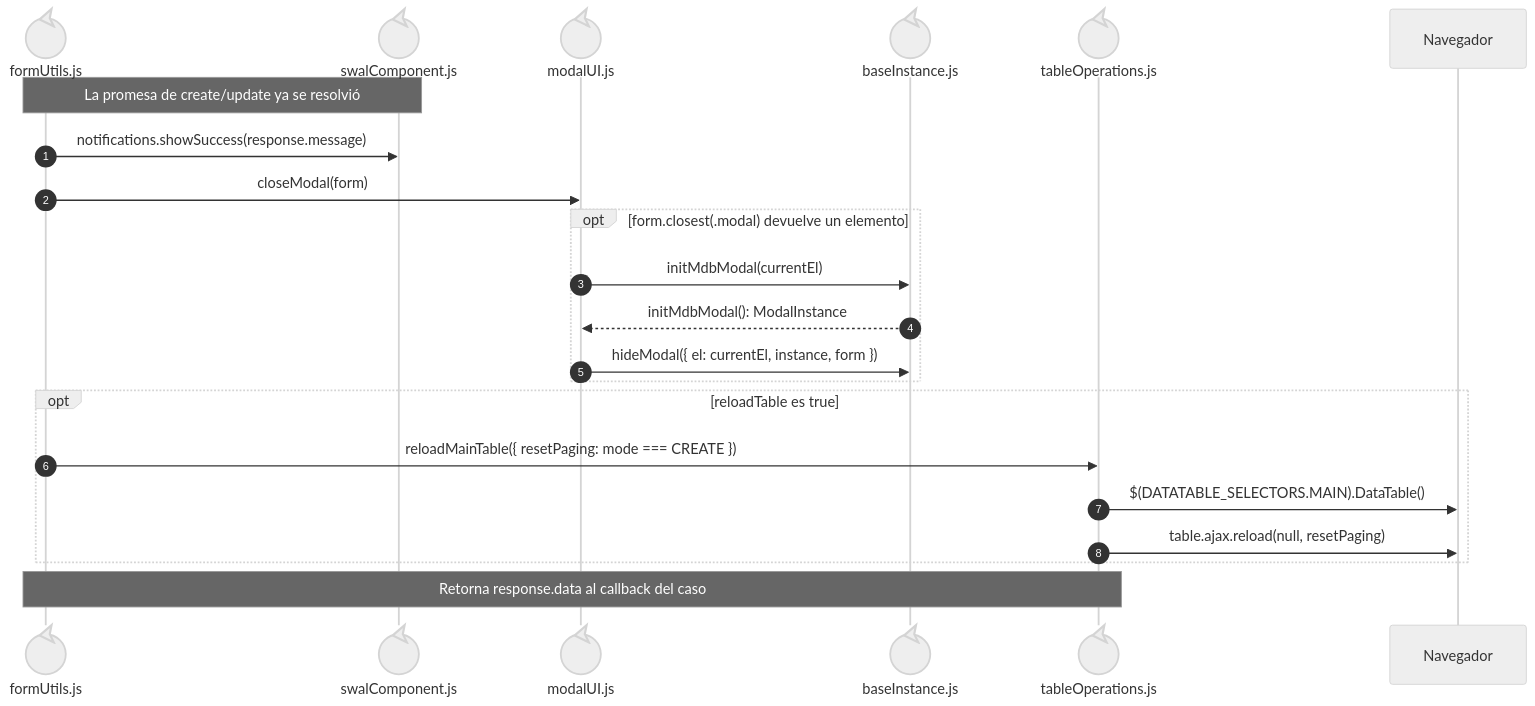
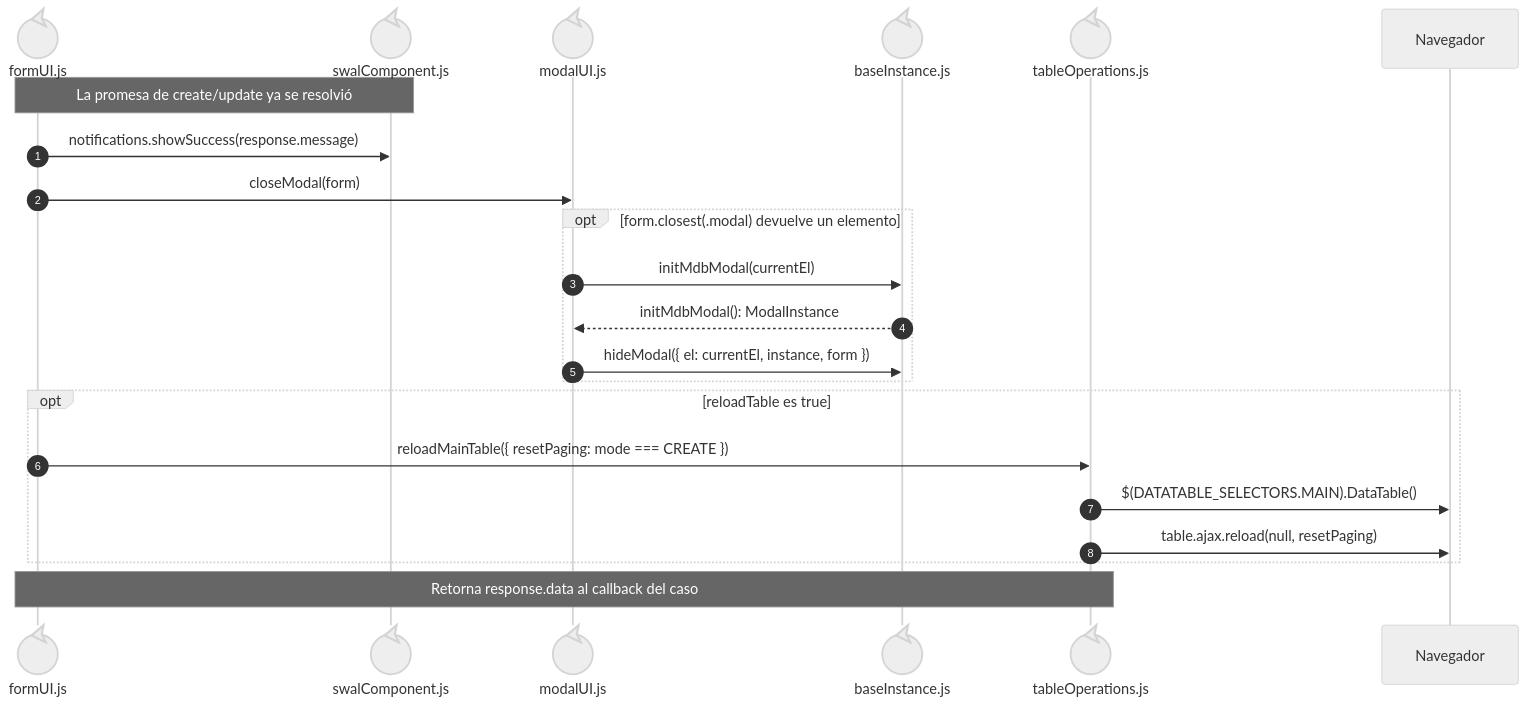
The second of 2 diagrams in docs/architecture/views/processes/shared-runtime-behavior/03-crud-helper-collaborations.md (gpgsistemas01/nexus), drawn with Mermaid (neutral theme) before and after one commit. The commit also changed other lines of this file and 200 other files, not shown here.

````diff
--- a/docs/architecture/views/processes/shared-runtime-behavior/03-crud-helper-collaborations.md
+++ b/docs/architecture/views/processes/shared-runtime-behavior/03-crud-helper-collaborations.md
@@ -49,25 +49,25 @@
 ```mermaid
 sequenceDiagram
     autonumber
-    participant FormUtils@{ "type": "control" } as formUtils.js
+    participant FormActions@{ "type": "control" } as formUI.js
     participant Notifications@{ "type": "control" } as swalComponent.js
     participant Modal@{ "type": "control" } as modalUI.js
     participant Mdb@{ "type": "control" } as baseInstance.js
     participant Table@{ "type": "control" } as tableOperations.js
     participant Browser as Navegador
 
-    Note over FormUtils,Notifications: La promesa de create/update ya se resolvió
-    FormUtils->>Notifications: notifications.showSuccess(response.message)
-    FormUtils->>Modal: closeModal(form)
+    Note over FormActions,Notifications: La promesa de create/update ya se resolvió
+    FormActions->>Notifications: notifications.showSuccess(response.message)
+    FormActions->>Modal: closeModal(form)
     opt form.closest(.modal) devuelve un elemento
         Modal->>Mdb: initMdbModal(currentEl)
         Mdb-->>Modal: initMdbModal(): ModalInstance
         Modal->>Mdb: hideModal({ el: currentEl, instance, form })
     end
     opt reloadTable es true
-        FormUtils->>Table: reloadMainTable({ resetPaging: mode === CREATE })
+        FormActions->>Table: reloadMainTable({ resetPaging: mode === CREATE })
         Table->>Browser: $(DATATABLE_SELECTORS.MAIN).DataTable()
         Table->>Browser: table.ajax.reload(null, resetPaging)
     end
-    Note over FormUtils,Table: Retorna response.data al callback del caso
+    Note over FormActions,Table: Retorna response.data al callback del caso
 ```
````
